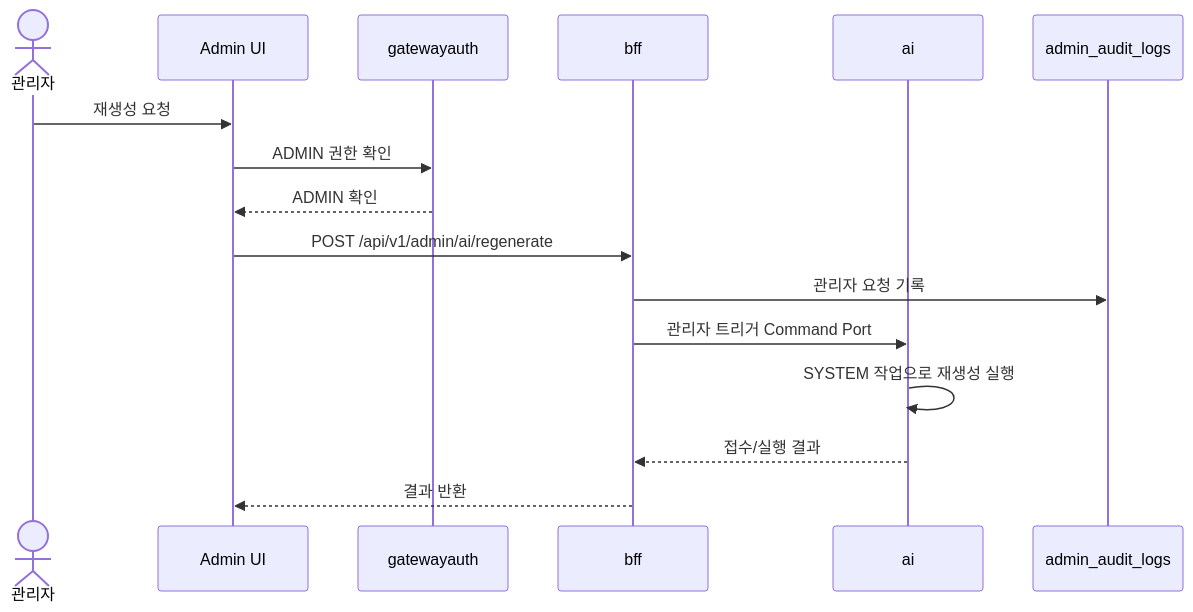
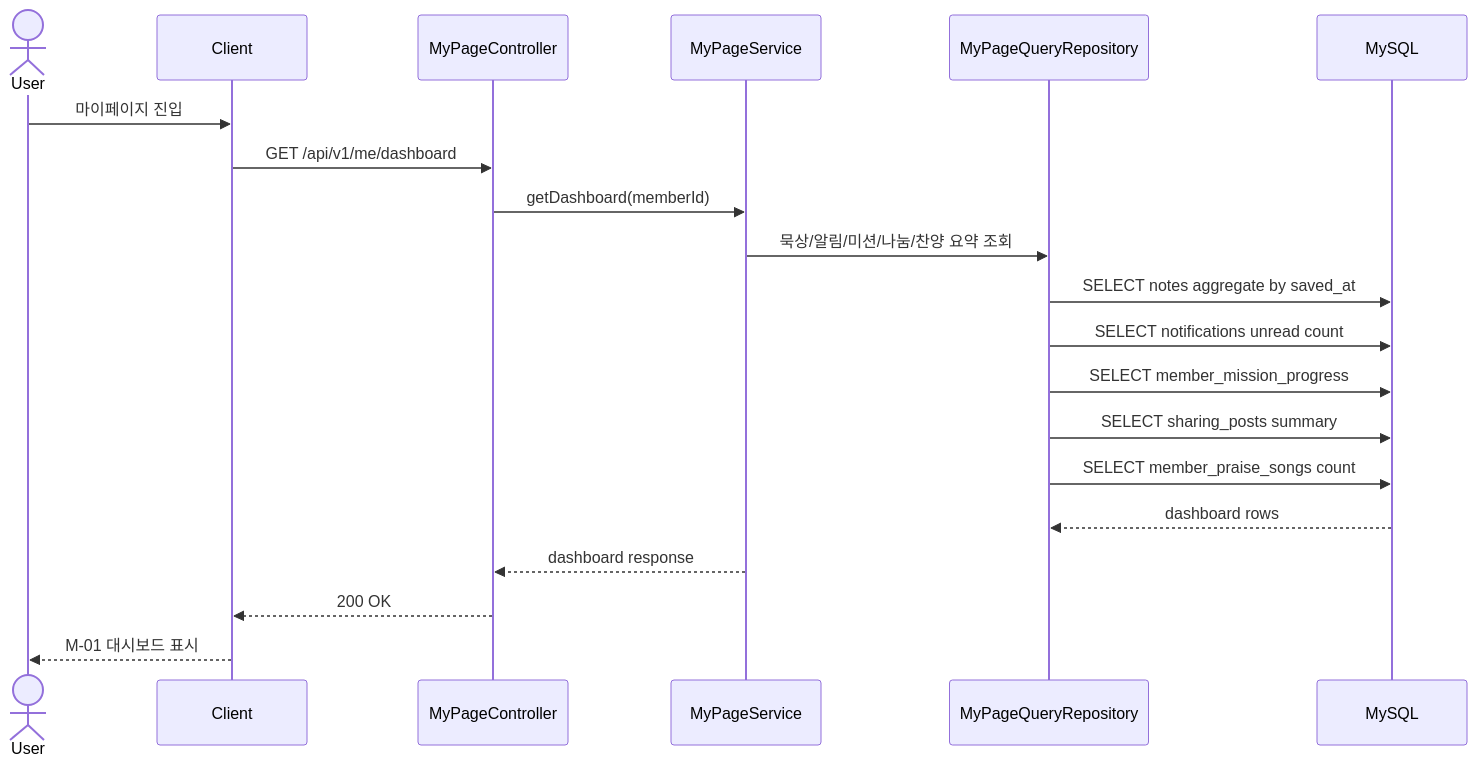
One commit to Tae0072/2nd-Team-Project changed diagram 16 of 26 in 05_시퀀스_다이어그램.md. Above: the diagram before and after it, drawn with Mermaid. The commit also changed other lines of this file and 11 other files, not shown here.

````diff
--- a/05_시퀀스_다이어그램.md
+++ b/05_시퀀스_다이어그램.md
@@ -239,19 +720,23 @@
 ```mermaid
 sequenceDiagram
-    actor Admin as 관리자
-    participant AdminWeb as Admin UI
-    participant Auth as gatewayauth
-    participant BFF as bff
-    participant AI as ai
-    participant Audit as admin_audit_logs
+    actor User as User
+    participant Client as Client
+    participant MyApi as MyPageController
+    participant MyService as MyPageService
+    participant Repo as MyPageQueryRepository
+    participant MySQL as MySQL
 
-    Admin->>AdminWeb: 재생성 요청
-    AdminWeb->>Auth: ADMIN 권한 확인
-    Auth-->>AdminWeb: ADMIN 확인
-    AdminWeb->>BFF: POST /api/v1/admin/ai/regenerate
-    BFF->>Audit: 관리자 요청 기록
-    BFF->>AI: 관리자 트리거 Command Port
-    AI->>AI: SYSTEM 작업으로 재생성 실행
-    AI-->>BFF: 접수/실행 결과
-    BFF-->>AdminWeb: 결과 반환
+    User->>Client: 마이페이지 진입
+    Client->>MyApi: GET /api/v1/me/dashboard
+    MyApi->>MyService: getDashboard(memberId)
+    MyService->>Repo: 묵상/알림/미션/나눔/찬양 요약 조회
+    Repo->>MySQL: SELECT notes aggregate by saved_at
+    Repo->>MySQL: SELECT notifications unread count
+    Repo->>MySQL: SELECT member_mission_progress
+    Repo->>MySQL: SELECT sharing_posts summary
+    Repo->>MySQL: SELECT member_praise_songs count
+    MySQL-->>Repo: dashboard rows
+    MyService-->>MyApi: dashboard response
+    MyApi-->>Client: 200 OK
+    Client-->>User: M-01 대시보드 표시
 ```
````
